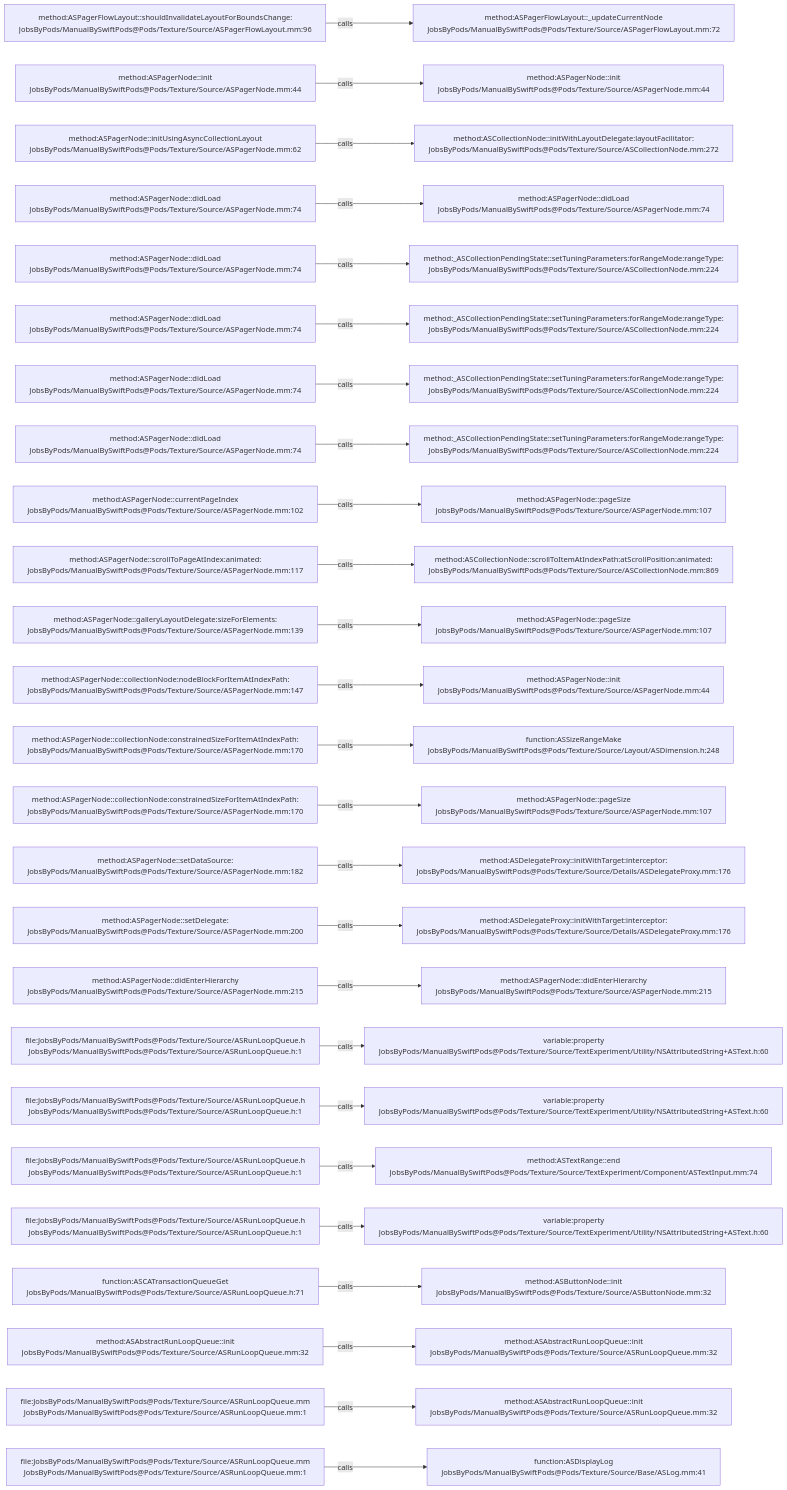
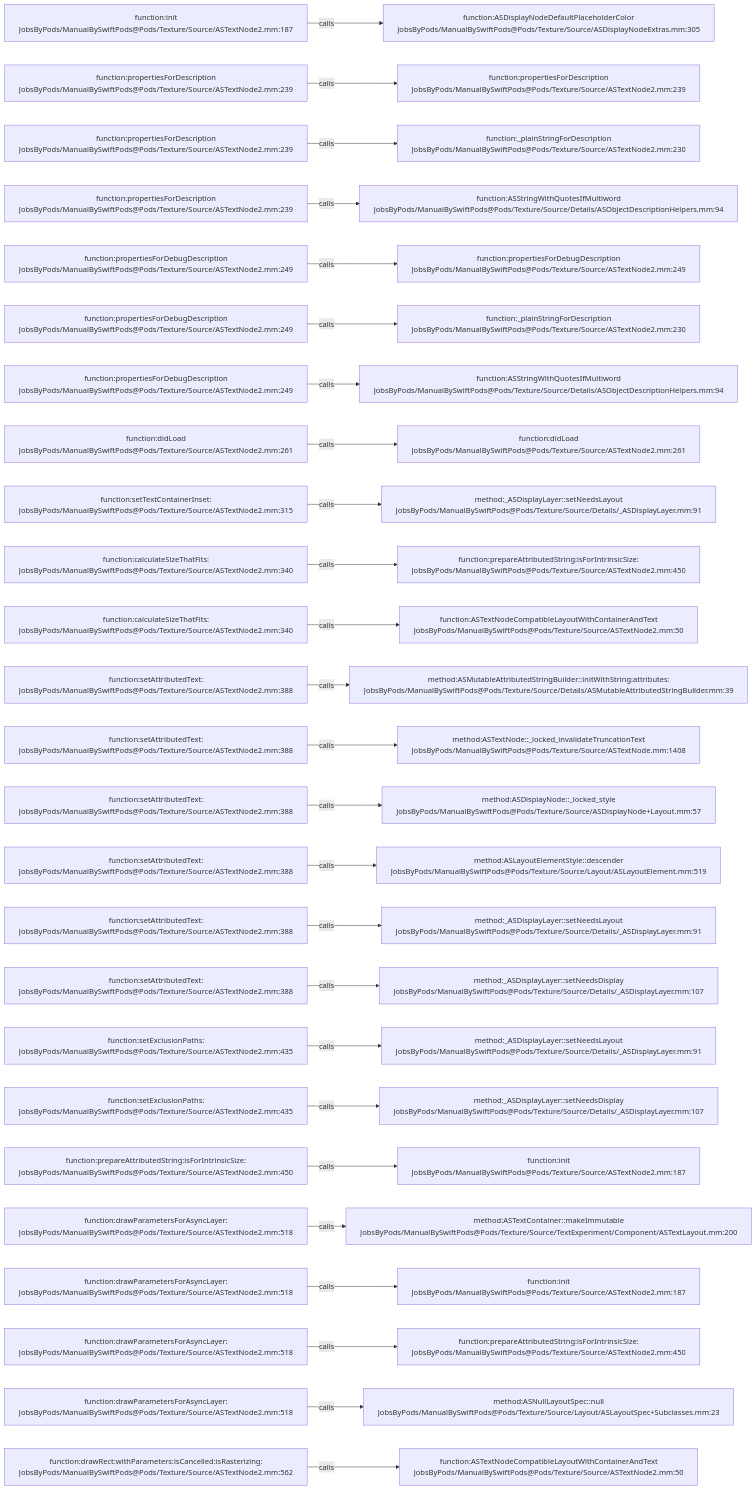
Before and after one commit to JobsKits/JobsSwiftBaseConfigDemo: the diagram in .codegraph/codegraph.md/graphs/calls-071.md, drawn with Mermaid. The commit also changed 832 other files, not shown here.

````diff
--- a/.codegraph/codegraph.md/graphs/calls-071.md
+++ b/.codegraph/codegraph.md/graphs/calls-071.md
@@ -13,78 +13,78 @@
 ```mermaid
 flowchart LR
-  S1["method:ASPagerFlowLayout::shouldInvalidateLayoutForBoundsChange:<br/>JobsByPods/ManualBySwiftPods@Pods/Texture/Source/ASPagerFlowLayout.mm:96"]
-  T1["method:ASPagerFlowLayout::_updateCurrentNode<br/>JobsByPods/ManualBySwiftPods@Pods/Texture/Source/ASPagerFlowLayout.mm:72"]
+  S1["function:init<br/>JobsByPods/ManualBySwiftPods@Pods/Texture/Source/ASTextNode2.mm:187"]
+  T1["function:ASDisplayNodeDefaultPlaceholderColor<br/>JobsByPods/ManualBySwiftPods@Pods/Texture/Source/ASDisplayNodeExtras.mm:305"]
   S1 -->|calls| T1
-  S2["method:ASPagerNode::init<br/>JobsByPods/ManualBySwiftPods@Pods/Texture/Source/ASPagerNode.mm:44"]
-  T2["method:ASPagerNode::init<br/>JobsByPods/ManualBySwiftPods@Pods/Texture/Source/ASPagerNode.mm:44"]
+  S2["function:propertiesForDescription<br/>JobsByPods/ManualBySwiftPods@Pods/Texture/Source/ASTextNode2.mm:239"]
+  T2["function:propertiesForDescription<br/>JobsByPods/ManualBySwiftPods@Pods/Texture/Source/ASTextNode2.mm:239"]
   S2 -->|calls| T2
-  S3["method:ASPagerNode::initUsingAsyncCollectionLayout<br/>JobsByPods/ManualBySwiftPods@Pods/Texture/Source/ASPagerNode.mm:62"]
-  T3["method:ASCollectionNode::initWithLayoutDelegate:layoutFacilitator:<br/>JobsByPods/ManualBySwiftPods@Pods/Texture/Source/ASCollectionNode.mm:272"]
+  S3["function:propertiesForDescription<br/>JobsByPods/ManualBySwiftPods@Pods/Texture/Source/ASTextNode2.mm:239"]
+  T3["function:_plainStringForDescription<br/>JobsByPods/ManualBySwiftPods@Pods/Texture/Source/ASTextNode2.mm:230"]
   S3 -->|calls| T3
-  S4["method:ASPagerNode::didLoad<br/>JobsByPods/ManualBySwiftPods@Pods/Texture/Source/ASPagerNode.mm:74"]
-  T4["method:ASPagerNode::didLoad<br/>JobsByPods/ManualBySwiftPods@Pods/Texture/Source/ASPagerNode.mm:74"]
+  S4["function:propertiesForDescription<br/>JobsByPods/ManualBySwiftPods@Pods/Texture/Source/ASTextNode2.mm:239"]
+  T4["function:ASStringWithQuotesIfMultiword<br/>JobsByPods/ManualBySwiftPods@Pods/Texture/Source/Details/ASObjectDescriptionHelpers.mm:94"]
   S4 -->|calls| T4
-  S5["method:ASPagerNode::didLoad<br/>JobsByPods/ManualBySwiftPods@Pods/Texture/Source/ASPagerNode.mm:74"]
-  T5["method:_ASCollectionPendingState::setTuningParameters:forRangeMode:rangeType:<br/>JobsByPods/ManualBySwiftPods@Pods/Texture/Source/ASCollectionNode.mm:224"]
+  S5["function:propertiesForDebugDescription<br/>JobsByPods/ManualBySwiftPods@Pods/Texture/Source/ASTextNode2.mm:249"]
+  T5["function:propertiesForDebugDescription<br/>JobsByPods/ManualBySwiftPods@Pods/Texture/Source/ASTextNode2.mm:249"]
   S5 -->|calls| T5
-  S6["method:ASPagerNode::didLoad<br/>JobsByPods/ManualBySwiftPods@Pods/Texture/Source/ASPagerNode.mm:74"]
-  T6["method:_ASCollectionPendingState::setTuningParameters:forRangeMode:rangeType:<br/>JobsByPods/ManualBySwiftPods@Pods/Texture/Source/ASCollectionNode.mm:224"]
+  S6["function:propertiesForDebugDescription<br/>JobsByPods/ManualBySwiftPods@Pods/Texture/Source/ASTextNode2.mm:249"]
+  T6["function:_plainStringForDescription<br/>JobsByPods/ManualBySwiftPods@Pods/Texture/Source/ASTextNode2.mm:230"]
   S6 -->|calls| T6
-  S7["method:ASPagerNode::didLoad<br/>JobsByPods/ManualBySwiftPods@Pods/Texture/Source/ASPagerNode.mm:74"]
-  T7["method:_ASCollectionPendingState::setTuningParameters:forRangeMode:rangeType:<br/>JobsByPods/ManualBySwiftPods@Pods/Texture/Source/ASCollectionNode.mm:224"]
+  S7["function:propertiesForDebugDescription<br/>JobsByPods/ManualBySwiftPods@Pods/Texture/Source/ASTextNode2.mm:249"]
+  T7["function:ASStringWithQuotesIfMultiword<br/>JobsByPods/ManualBySwiftPods@Pods/Texture/Source/Details/ASObjectDescriptionHelpers.mm:94"]
   S7 -->|calls| T7
-  S8["method:ASPagerNode::didLoad<br/>JobsByPods/ManualBySwiftPods@Pods/Texture/Source/ASPagerNode.mm:74"]
-  T8["method:_ASCollectionPendingState::setTuningParameters:forRangeMode:rangeType:<br/>JobsByPods/ManualBySwiftPods@Pods/Texture/Source/ASCollectionNode.mm:224"]
+  S8["function:didLoad<br/>JobsByPods/ManualBySwiftPods@Pods/Texture/Source/ASTextNode2.mm:261"]
+  T8["function:didLoad<br/>JobsByPods/ManualBySwiftPods@Pods/Texture/Source/ASTextNode2.mm:261"]
   S8 -->|calls| T8
-  S9["method:ASPagerNode::currentPageIndex<br/>JobsByPods/ManualBySwiftPods@Pods/Texture/Source/ASPagerNode.mm:102"]
-  T9["method:ASPagerNode::pageSize<br/>JobsByPods/ManualBySwiftPods@Pods/Texture/Source/ASPagerNode.mm:107"]
+  S9["function:setTextContainerInset:<br/>JobsByPods/ManualBySwiftPods@Pods/Texture/Source/ASTextNode2.mm:315"]
+  T9["method:_ASDisplayLayer::setNeedsLayout<br/>JobsByPods/ManualBySwiftPods@Pods/Texture/Source/Details/_ASDisplayLayer.mm:91"]
   S9 -->|calls| T9
-  S10["method:ASPagerNode::scrollToPageAtIndex:animated:<br/>JobsByPods/ManualBySwiftPods@Pods/Texture/Source/ASPagerNode.mm:117"]
-  T10["method:ASCollectionNode::scrollToItemAtIndexPath:atScrollPosition:animated:<br/>JobsByPods/ManualBySwiftPods@Pods/Texture/Source/ASCollectionNode.mm:869"]
+  S10["function:calculateSizeThatFits:<br/>JobsByPods/ManualBySwiftPods@Pods/Texture/Source/ASTextNode2.mm:340"]
+  T10["function:prepareAttributedString:isForIntrinsicSize:<br/>JobsByPods/ManualBySwiftPods@Pods/Texture/Source/ASTextNode2.mm:450"]
   S10 -->|calls| T10
-  S11["method:ASPagerNode::galleryLayoutDelegate:sizeForElements:<br/>JobsByPods/ManualBySwiftPods@Pods/Texture/Source/ASPagerNode.mm:139"]
-  T11["method:ASPagerNode::pageSize<br/>JobsByPods/ManualBySwiftPods@Pods/Texture/Source/ASPagerNode.mm:107"]
+  S11["function:calculateSizeThatFits:<br/>JobsByPods/ManualBySwiftPods@Pods/Texture/Source/ASTextNode2.mm:340"]
+  T11["function:ASTextNodeCompatibleLayoutWithContainerAndText<br/>JobsByPods/ManualBySwiftPods@Pods/Texture/Source/ASTextNode2.mm:50"]
   S11 -->|calls| T11
-  S12["method:ASPagerNode::collectionNode:nodeBlockForItemAtIndexPath:<br/>JobsByPods/ManualBySwiftPods@Pods/Texture/Source/ASPagerNode.mm:147"]
-  T12["method:ASPagerNode::init<br/>JobsByPods/ManualBySwiftPods@Pods/Texture/Source/ASPagerNode.mm:44"]
+  S12["function:setAttributedText:<br/>JobsByPods/ManualBySwiftPods@Pods/Texture/Source/ASTextNode2.mm:388"]
+  T12["method:ASMutableAttributedStringBuilder::initWithString:attributes:<br/>JobsByPods/ManualBySwiftPods@Pods/Texture/Source/Details/ASMutableAttributedStringBuilder.mm:39"]
   S12 -->|calls| T12
-  S13["method:ASPagerNode::collectionNode:constrainedSizeForItemAtIndexPath:<br/>JobsByPods/ManualBySwiftPods@Pods/Texture/Source/ASPagerNode.mm:170"]
-  T13["function:ASSizeRangeMake<br/>JobsByPods/ManualBySwiftPods@Pods/Texture/Source/Layout/ASDimension.h:248"]
+  S13["function:setAttributedText:<br/>JobsByPods/ManualBySwiftPods@Pods/Texture/Source/ASTextNode2.mm:388"]
+  T13["method:ASTextNode::_locked_invalidateTruncationText<br/>JobsByPods/ManualBySwiftPods@Pods/Texture/Source/ASTextNode.mm:1408"]
   S13 -->|calls| T13
-  S14["method:ASPagerNode::collectionNode:constrainedSizeForItemAtIndexPath:<br/>JobsByPods/ManualBySwiftPods@Pods/Texture/Source/ASPagerNode.mm:170"]
-  T14["method:ASPagerNode::pageSize<br/>JobsByPods/ManualBySwiftPods@Pods/Texture/Source/ASPagerNode.mm:107"]
+  S14["function:setAttributedText:<br/>JobsByPods/ManualBySwiftPods@Pods/Texture/Source/ASTextNode2.mm:388"]
+  T14["method:ASDisplayNode::_locked_style<br/>JobsByPods/ManualBySwiftPods@Pods/Texture/Source/ASDisplayNode+Layout.mm:57"]
   S14 -->|calls| T14
-  S15["method:ASPagerNode::setDataSource:<br/>JobsByPods/ManualBySwiftPods@Pods/Texture/Source/ASPagerNode.mm:182"]
-  T15["method:ASDelegateProxy::initWithTarget:interceptor:<br/>JobsByPods/ManualBySwiftPods@Pods/Texture/Source/Details/ASDelegateProxy.mm:176"]
+  S15["function:setAttributedText:<br/>JobsByPods/ManualBySwiftPods@Pods/Texture/Source/ASTextNode2.mm:388"]
+  T15["method:ASLayoutElementStyle::descender<br/>JobsByPods/ManualBySwiftPods@Pods/Texture/Source/Layout/ASLayoutElement.mm:519"]
   S15 -->|calls| T15
-  S16["method:ASPagerNode::setDelegate:<br/>JobsByPods/ManualBySwiftPods@Pods/Texture/Source/ASPagerNode.mm:200"]
-  T16["method:ASDelegateProxy::initWithTarget:interceptor:<br/>JobsByPods/ManualBySwiftPods@Pods/Texture/Source/Details/ASDelegateProxy.mm:176"]
+  S16["function:setAttributedText:<br/>JobsByPods/ManualBySwiftPods@Pods/Texture/Source/ASTextNode2.mm:388"]
+  T16["method:_ASDisplayLayer::setNeedsLayout<br/>JobsByPods/ManualBySwiftPods@Pods/Texture/Source/Details/_ASDisplayLayer.mm:91"]
   S16 -->|calls| T16
-  S17["method:ASPagerNode::didEnterHierarchy<br/>JobsByPods/ManualBySwiftPods@Pods/Texture/Source/ASPagerNode.mm:215"]
-  T17["method:ASPagerNode::didEnterHierarchy<br/>JobsByPods/ManualBySwiftPods@Pods/Texture/Source/ASPagerNode.mm:215"]
+  S17["function:setAttributedText:<br/>JobsByPods/ManualBySwiftPods@Pods/Texture/Source/ASTextNode2.mm:388"]
+  T17["method:_ASDisplayLayer::setNeedsDisplay<br/>JobsByPods/ManualBySwiftPods@Pods/Texture/Source/Details/_ASDisplayLayer.mm:107"]
   S17 -->|calls| T17
-  S18["file:JobsByPods/ManualBySwiftPods@Pods/Texture/Source/ASRunLoopQueue.h<br/>JobsByPods/ManualBySwiftPods@Pods/Texture/Source/ASRunLoopQueue.h:1"]
-  T18["variable:property<br/>JobsByPods/ManualBySwiftPods@Pods/Texture/Source/TextExperiment/Utility/NSAttributedString+ASText.h:60"]
+  S18["function:setExclusionPaths:<br/>JobsByPods/ManualBySwiftPods@Pods/Texture/Source/ASTextNode2.mm:435"]
+  T18["method:_ASDisplayLayer::setNeedsLayout<br/>JobsByPods/ManualBySwiftPods@Pods/Texture/Source/Details/_ASDisplayLayer.mm:91"]
   S18 -->|calls| T18
-  S19["file:JobsByPods/ManualBySwiftPods@Pods/Texture/Source/ASRunLoopQueue.h<br/>JobsByPods/ManualBySwiftPods@Pods/Texture/Source/ASRunLoopQueue.h:1"]
-  T19["variable:property<br/>JobsByPods/ManualBySwiftPods@Pods/Texture/Source/TextExperiment/Utility/NSAttributedString+ASText.h:60"]
+  S19["function:setExclusionPaths:<br/>JobsByPods/ManualBySwiftPods@Pods/Texture/Source/ASTextNode2.mm:435"]
+  T19["method:_ASDisplayLayer::setNeedsDisplay<br/>JobsByPods/ManualBySwiftPods@Pods/Texture/Source/Details/_ASDisplayLayer.mm:107"]
   S19 -->|calls| T19
-  S20["file:JobsByPods/ManualBySwiftPods@Pods/Texture/Source/ASRunLoopQueue.h<br/>JobsByPods/ManualBySwiftPods@Pods/Texture/Source/ASRunLoopQueue.h:1"]
-  T20["method:ASTextRange::end<br/>JobsByPods/ManualBySwiftPods@Pods/Texture/Source/TextExperiment/Component/ASTextInput.mm:74"]
+  S20["function:prepareAttributedString:isForIntrinsicSize:<br/>JobsByPods/ManualBySwiftPods@Pods/Texture/Source/ASTextNode2.mm:450"]
+  T20["function:init<br/>JobsByPods/ManualBySwiftPods@Pods/Texture/Source/ASTextNode2.mm:187"]
   S20 -->|calls| T20
-  S21["file:JobsByPods/ManualBySwiftPods@Pods/Texture/Source/ASRunLoopQueue.h<br/>JobsByPods/ManualBySwiftPods@Pods/Texture/Source/ASRunLoopQueue.h:1"]
-  T21["variable:property<br/>JobsByPods/ManualBySwiftPods@Pods/Texture/Source/TextExperiment/Utility/NSAttributedString+ASText.h:60"]
+  S21["function:drawParametersForAsyncLayer:<br/>JobsByPods/ManualBySwiftPods@Pods/Texture/Source/ASTextNode2.mm:518"]
+  T21["method:ASTextContainer::makeImmutable<br/>JobsByPods/ManualBySwiftPods@Pods/Texture/Source/TextExperiment/Component/ASTextLayout.mm:200"]
   S21 -->|calls| T21
-  S22["function:ASCATransactionQueueGet<br/>JobsByPods/ManualBySwiftPods@Pods/Texture/Source/ASRunLoopQueue.h:71"]
-  T22["method:ASButtonNode::init<br/>JobsByPods/ManualBySwiftPods@Pods/Texture/Source/ASButtonNode.mm:32"]
+  S22["function:drawParametersForAsyncLayer:<br/>JobsByPods/ManualBySwiftPods@Pods/Texture/Source/ASTextNode2.mm:518"]
+  T22["function:init<br/>JobsByPods/ManualBySwiftPods@Pods/Texture/Source/ASTextNode2.mm:187"]
   S22 -->|calls| T22
-  S23["method:ASAbstractRunLoopQueue::init<br/>JobsByPods/ManualBySwiftPods@Pods/Texture/Source/ASRunLoopQueue.mm:32"]
-  T23["method:ASAbstractRunLoopQueue::init<br/>JobsByPods/ManualBySwiftPods@Pods/Texture/Source/ASRunLoopQueue.mm:32"]
+  S23["function:drawParametersForAsyncLayer:<br/>JobsByPods/ManualBySwiftPods@Pods/Texture/Source/ASTextNode2.mm:518"]
+  T23["function:prepareAttributedString:isForIntrinsicSize:<br/>JobsByPods/ManualBySwiftPods@Pods/Texture/Source/ASTextNode2.mm:450"]
   S23 -->|calls| T23
-  S24["file:JobsByPods/ManualBySwiftPods@Pods/Texture/Source/ASRunLoopQueue.mm<br/>JobsByPods/ManualBySwiftPods@Pods/Texture/Source/ASRunLoopQueue.mm:1"]
-  T24["method:ASAbstractRunLoopQueue::init<br/>JobsByPods/ManualBySwiftPods@Pods/Texture/Source/ASRunLoopQueue.mm:32"]
+  S24["function:drawParametersForAsyncLayer:<br/>JobsByPods/ManualBySwiftPods@Pods/Texture/Source/ASTextNode2.mm:518"]
+  T24["method:ASNullLayoutSpec::null<br/>JobsByPods/ManualBySwiftPods@Pods/Texture/Source/Layout/ASLayoutSpec+Subclasses.mm:23"]
   S24 -->|calls| T24
-  S25["file:JobsByPods/ManualBySwiftPods@Pods/Texture/Source/ASRunLoopQueue.mm<br/>JobsByPods/ManualBySwiftPods@Pods/Texture/Source/ASRunLoopQueue.mm:1"]
-  T25["function:ASDisplayLog<br/>JobsByPods/ManualBySwiftPods@Pods/Texture/Source/Base/ASLog.mm:41"]
+  S25["function:drawRect:withParameters:isCancelled:isRasterizing:<br/>JobsByPods/ManualBySwiftPods@Pods/Texture/Source/ASTextNode2.mm:562"]
+  T25["function:ASTextNodeCompatibleLayoutWithContainerAndText<br/>JobsByPods/ManualBySwiftPods@Pods/Texture/Source/ASTextNode2.mm:50"]
   S25 -->|calls| T25
 ```
````
